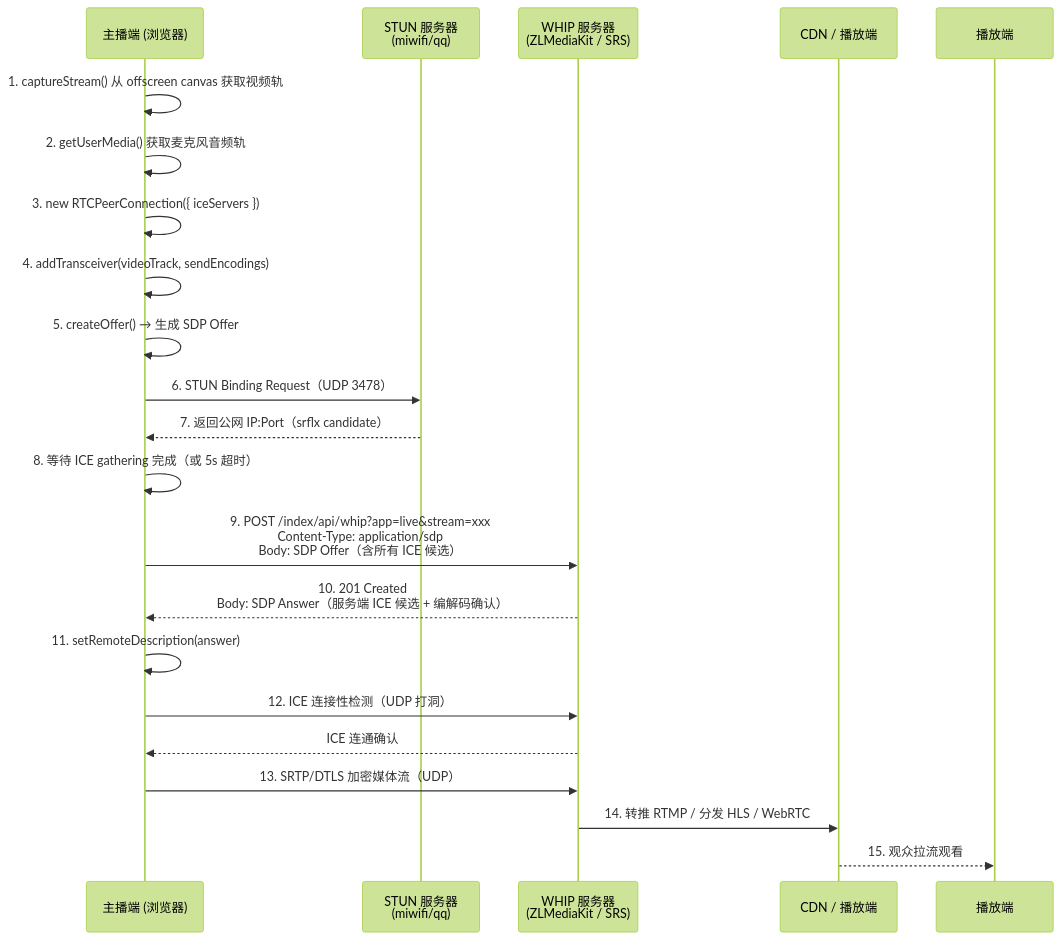
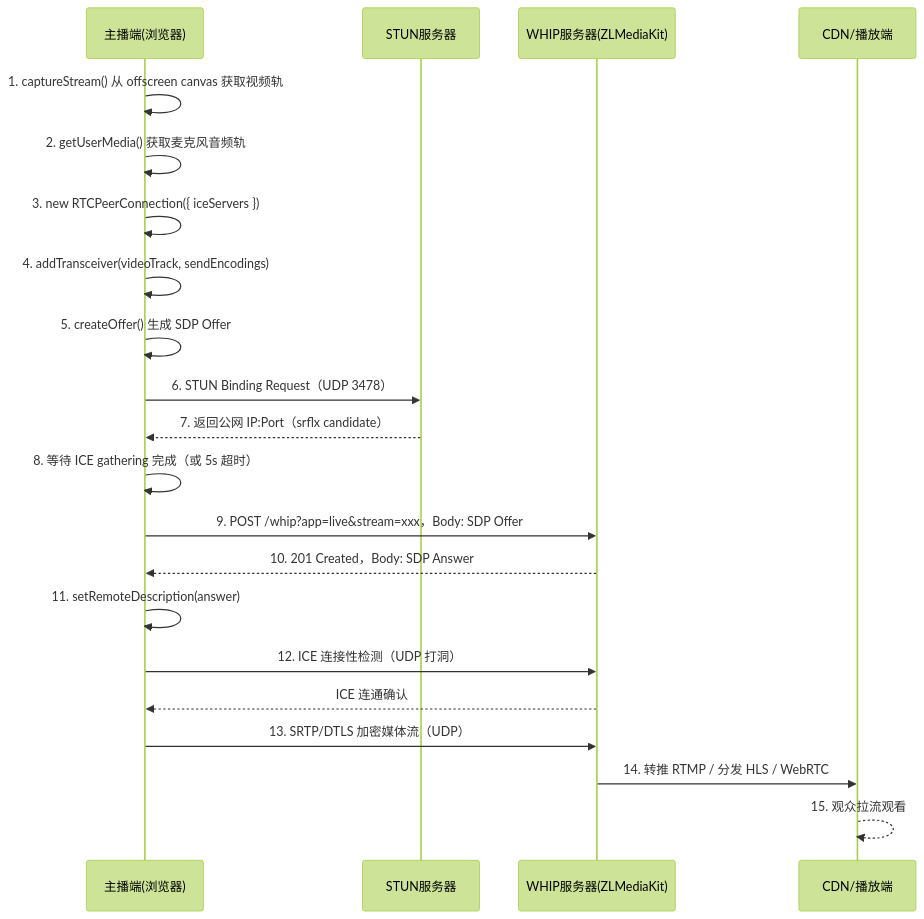
One commit to fancrystal/liveWebH5 changed the first of 15 diagrams in docs/progress-report-streaming-module.md. Above: the diagram before and after it, drawn with Mermaid (forest theme). The commit also changed other lines of this file, not shown here.

Commit message:
docs: 修复汇报文档中所有 Mermaid 语法错误

````diff
--- a/docs/progress-report-streaming-module.md
+++ b/docs/progress-report-streaming-module.md
@@ -29,29 +29,29 @@
 ```mermaid
 sequenceDiagram
-    participant 主播端 as 主播端 (浏览器)
-    participant STUN as STUN 服务器<br/>(miwifi/qq)
-    participant WHIP as WHIP 服务器<br/>(ZLMediaKit / SRS)
-    participant CDN as CDN / 播放端
+    participant 主播端 as 主播端(浏览器)
+    participant STUN as STUN服务器
+    participant WHIP as WHIP服务器(ZLMediaKit)
+    participant CDN as CDN/播放端
 
     主播端->>主播端: 1. captureStream() 从 offscreen canvas 获取视频轨
     主播端->>主播端: 2. getUserMedia() 获取麦克风音频轨
     主播端->>主播端: 3. new RTCPeerConnection({ iceServers })
     主播端->>主播端: 4. addTransceiver(videoTrack, sendEncodings)
-    主播端->>主播端: 5. createOffer() → 生成 SDP Offer
+    主播端->>主播端: 5. createOffer() 生成 SDP Offer
 
     主播端->>STUN: 6. STUN Binding Request（UDP 3478）
     STUN-->>主播端: 7. 返回公网 IP:Port（srflx candidate）
 
     主播端->>主播端: 8. 等待 ICE gathering 完成（或 5s 超时）
 
-    主播端->>WHIP: 9. POST /index/api/whip?app=live&stream=xxx<br/>Content-Type: application/sdp<br/>Body: SDP Offer（含所有 ICE 候选）
-    WHIP-->>主播端: 10. 201 Created<br/>Body: SDP Answer（服务端 ICE 候选 + 编解码确认）
+    主播端->>WHIP: 9. POST /whip?app=live&stream=xxx，Body: SDP Offer
+    WHIP-->>主播端: 10. 201 Created，Body: SDP Answer
 
     主播端->>主播端: 11. setRemoteDescription(answer)
     主播端->>WHIP: 12. ICE 连接性检测（UDP 打洞）
     WHIP-->>主播端: ICE 连通确认
 
     主播端->>WHIP: 13. SRTP/DTLS 加密媒体流（UDP）
     WHIP->>CDN: 14. 转推 RTMP / 分发 HLS / WebRTC
-    CDN-->>播放端: 15. 观众拉流观看
+    CDN-->>CDN: 15. 观众拉流观看
 ```
````
